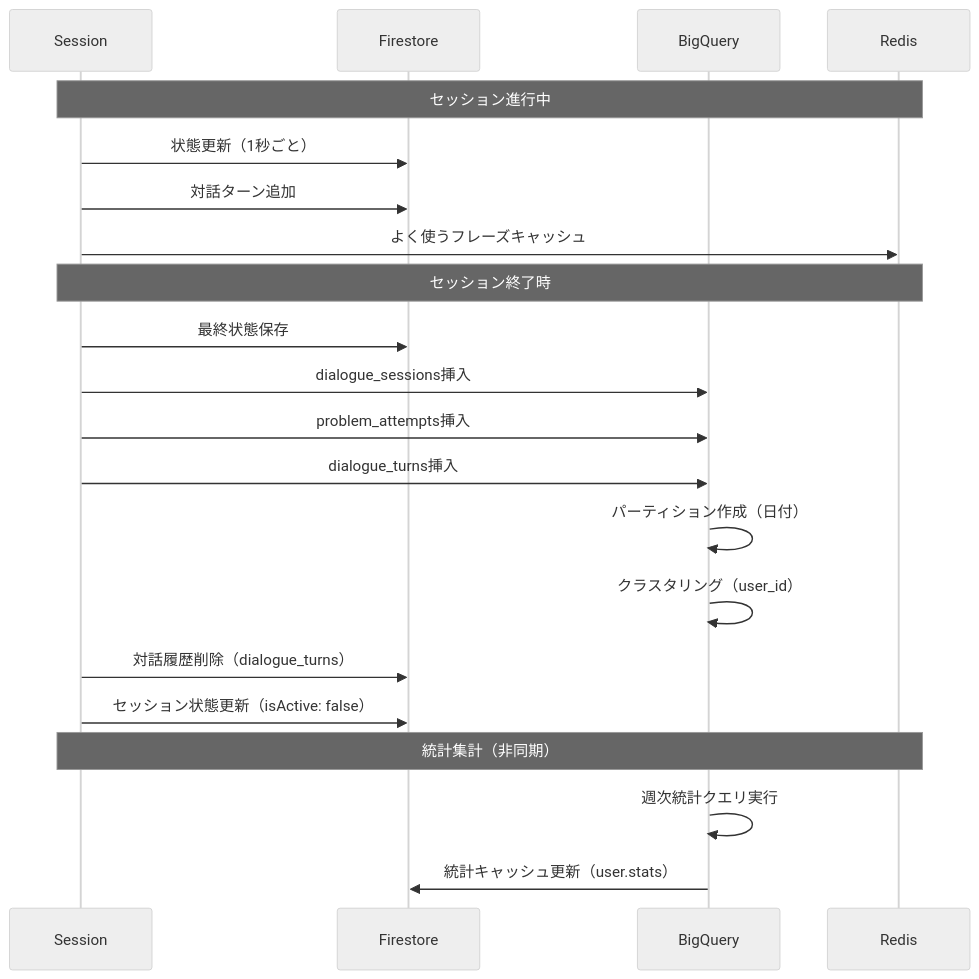
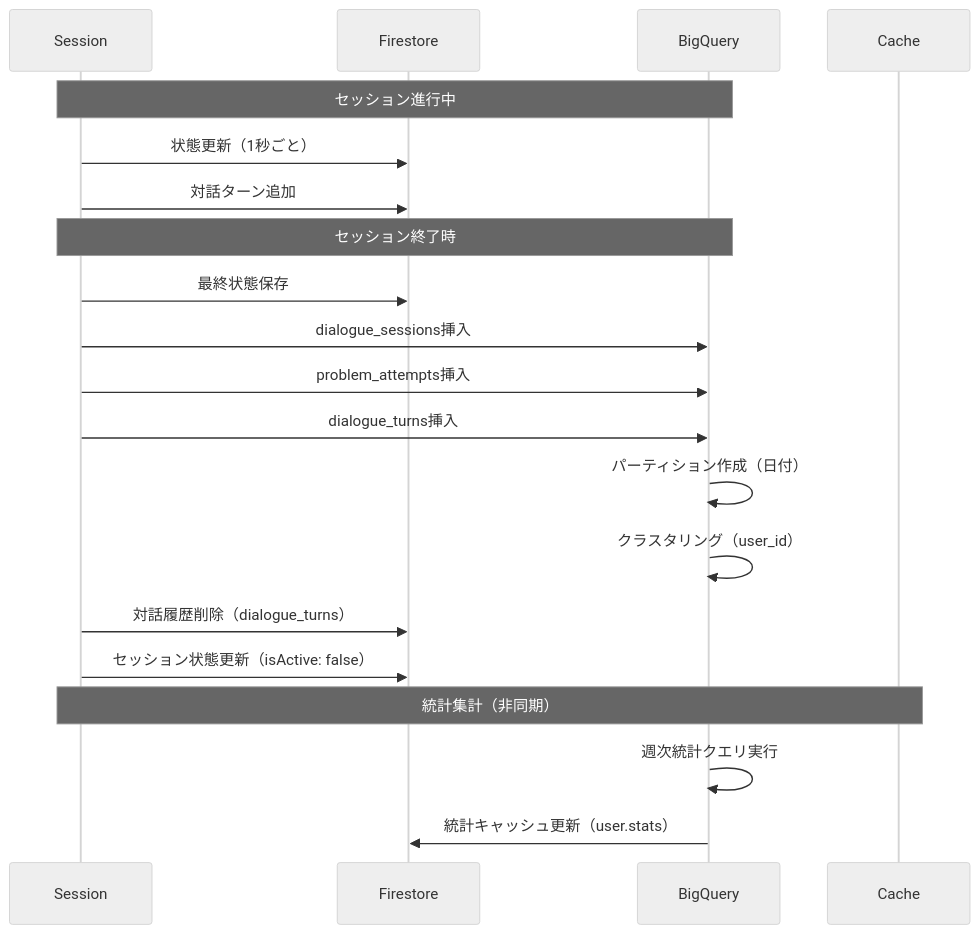
Before and after one commit to arakitakashi/homework-coach-robo: the seventh of 9 diagrams in docs/functional-design.md, drawn with Mermaid (neutral theme). The commit also changed other lines of this file and 8 other files, not shown here.

````diff
--- a/docs/functional-design.md
+++ b/docs/functional-design.md
@@ -1984,31 +1977,29 @@
 ```mermaid
 sequenceDiagram
     participant S as Session
     participant FS as Firestore
     participant BQ as BigQuery
-    participant Cache as Redis
 
-    Note over S,Cache: セッション進行中
+    Note over S,BQ: セッション進行中
 
     S->>FS: 状態更新（1秒ごと）
     S->>FS: 対話ターン追加
-    S->>Cache: よく使うフレーズキャッシュ
 
-    Note over S,Cache: セッション終了時
+    Note over S,BQ: セッション終了時
 
     S->>FS: 最終状態保存
     S->>BQ: dialogue_sessions挿入
     S->>BQ: problem_attempts挿入
     S->>BQ: dialogue_turns挿入
 
     BQ->>BQ: パーティション作成（日付）
     BQ->>BQ: クラスタリング（user_id）
 
     S->>FS: 対話履歴削除（dialogue_turns）
     S->>FS: セッション状態更新（isActive: false）
 
     Note over S,Cache: 統計集計（非同期）
 
     BQ->>BQ: 週次統計クエリ実行
     BQ->>FS: 統計キャッシュ更新（user.stats）
 ```
````
